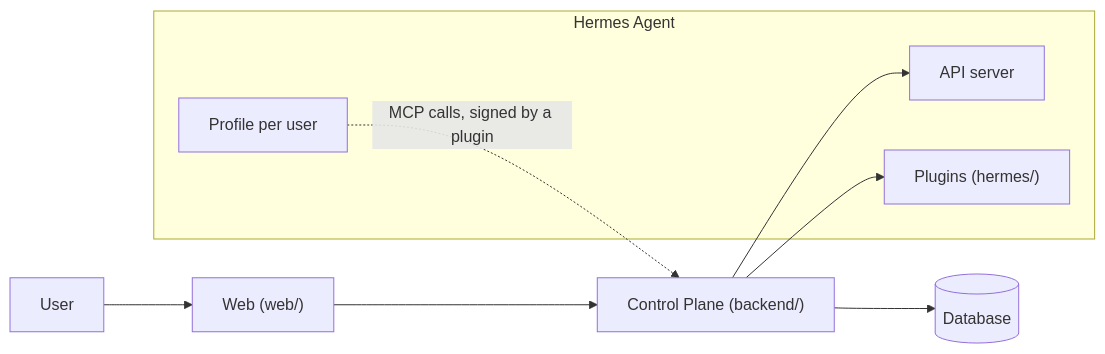
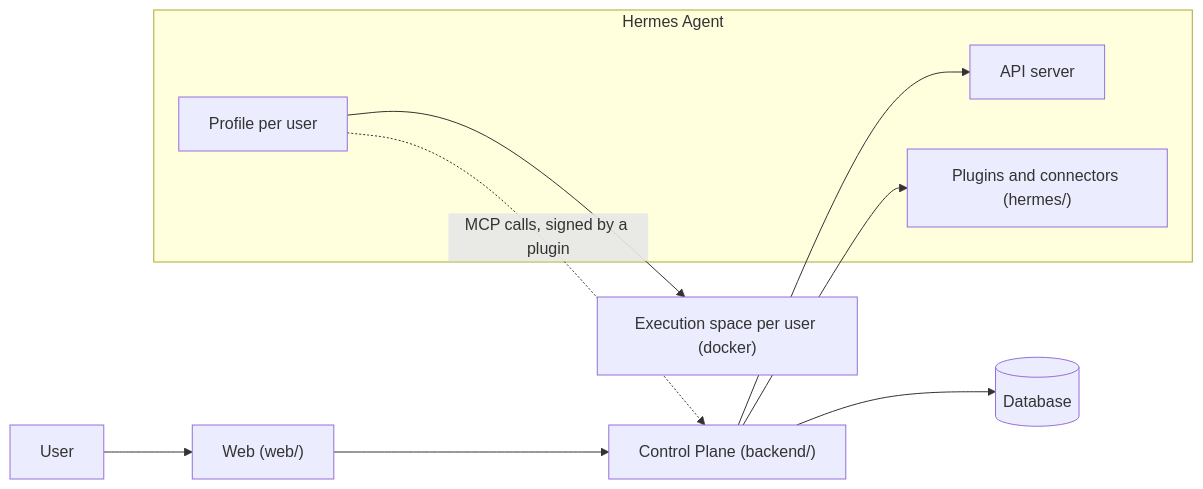
Before and after one commit to jon890/fos-assistant: the diagram in README.md, drawn with Mermaid. The commit also changed other lines of this file and 1 other file, not shown here.

````diff
--- a/README.md
+++ b/README.md
@@ -132,14 +169,15 @@
 ```mermaid
 flowchart LR
     U[User] --> W["Web (web/)"]
     W --> C["Control Plane (backend/)"]
     C --> DB[(Database)]
     C --> A
     C --> G
     subgraph H[Hermes Agent]
         A[API server]
         P[Profile per user]
-        G["Plugins (hermes/)"]
+        G["Plugins and connectors (hermes/)"]
     end
     P -. "MCP calls, signed by a plugin" .-> C
+    P --> S["Execution space per user (docker)"]
 ```
````
